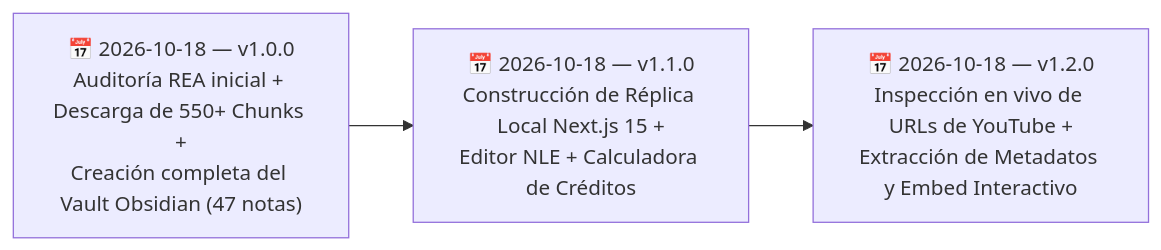
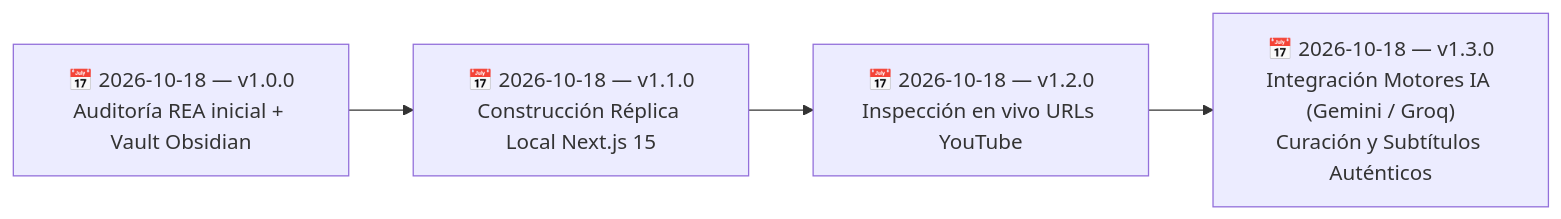
Before and after one commit to SebzSGC/Doc-Projects: the diagram in ClippersIppers/90 - Recursos/Historial de cambios.md, drawn with Mermaid. The commit also changed other lines of this file and 1 other file, not shown here.

````diff
--- a/ClippersIppers/90 - Recursos/Historial de cambios.md
+++ b/ClippersIppers/90 - Recursos/Historial de cambios.md
@@ -19,4 +19,4 @@
 ```mermaid
 flowchart LR
-    V1["📅 2026-10-18 — v1.0.0<br/>Auditoría REA inicial + Descarga de 550+ Chunks +<br/>Creación completa del Vault Obsidian (47 notas)"] --> V2["📅 2026-10-18 — v1.1.0<br/>Construcción de Réplica Local Next.js 15 +<br/>Editor NLE + Calculadora de Créditos"] --> V3["📅 2026-10-18 — v1.2.0<br/>Inspección en vivo de URLs de YouTube +<br/>Extracción de Metadatos y Embed Interactivo"]
+    V1["📅 2026-10-18 — v1.0.0<br/>Auditoría REA inicial + Vault Obsidian"] --> V2["📅 2026-10-18 — v1.1.0<br/>Construcción Réplica Local Next.js 15"] --> V3["📅 2026-10-18 — v1.2.0<br/>Inspección en vivo URLs YouTube"] --> V4["📅 2026-10-18 — v1.3.0<br/>Integración Motores IA (Gemini / Groq)<br/>Curación y Subtítulos Auténticos"]
 ```
````
